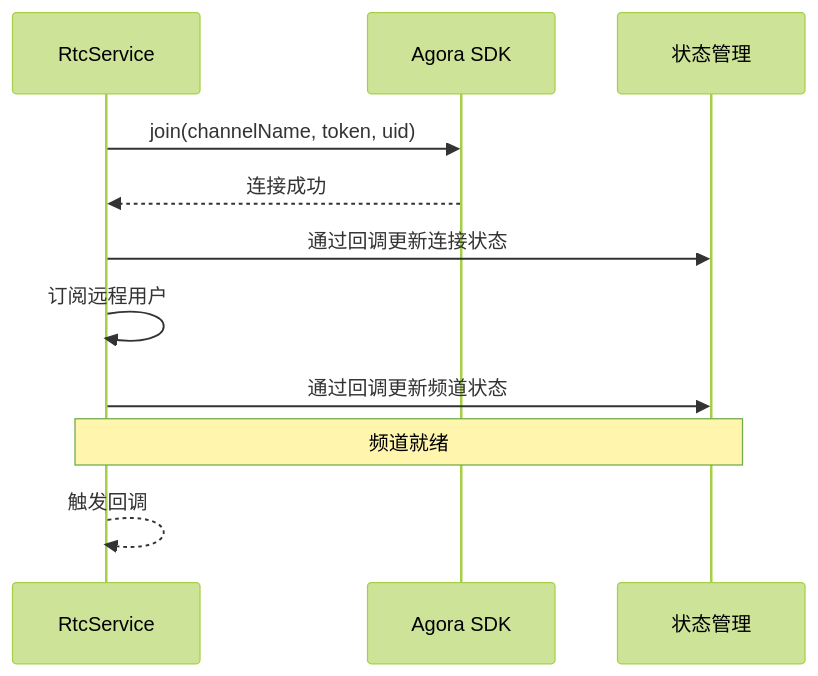
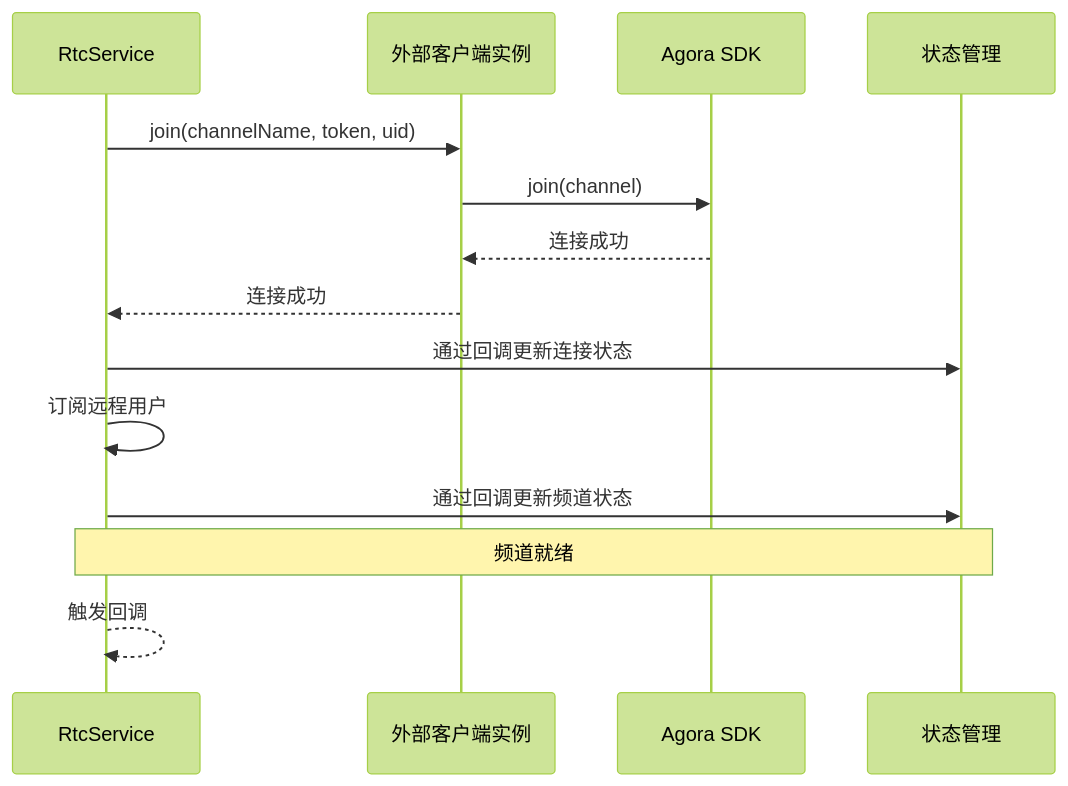
One commit to Easemob-Community/easemob-uikit-callkit-vue3 changed the sixth of 16 diagrams in .qoder/repowiki/zh/content/服务层/音视频服务 (RtcService).md. Above: the diagram before and after it, drawn with Mermaid (forest theme). The commit also changed other lines of this file and 6 other files, not shown here.

````diff
--- a/.qoder/repowiki/zh/content/服务层/音视频服务 (RtcService).md
+++ b/.qoder/repowiki/zh/content/服务层/音视频服务 (RtcService).md
@@ -256,13 +317,16 @@
 ```mermaid
 sequenceDiagram
 participant Service as RtcService
+participant ExternalClient as 外部客户端实例
 participant Agora as Agora SDK
 participant Store as 状态管理
-Service->>Agora : join(channelName, token, uid)
-Agora-->>Service : 连接成功
+Service->>ExternalClient : join(channelName, token, uid)
+ExternalClient->>Agora : join(channel)
+Agora-->>ExternalClient : 连接成功
+ExternalClient-->>Service : 连接成功
 Service->>Store : 通过回调更新连接状态
 Service->>Service : 订阅远程用户
 Service->>Store : 通过回调更新频道状态
 Note over Service,Store : 频道就绪
 Service-->>Service : 触发回调
 ```
````
